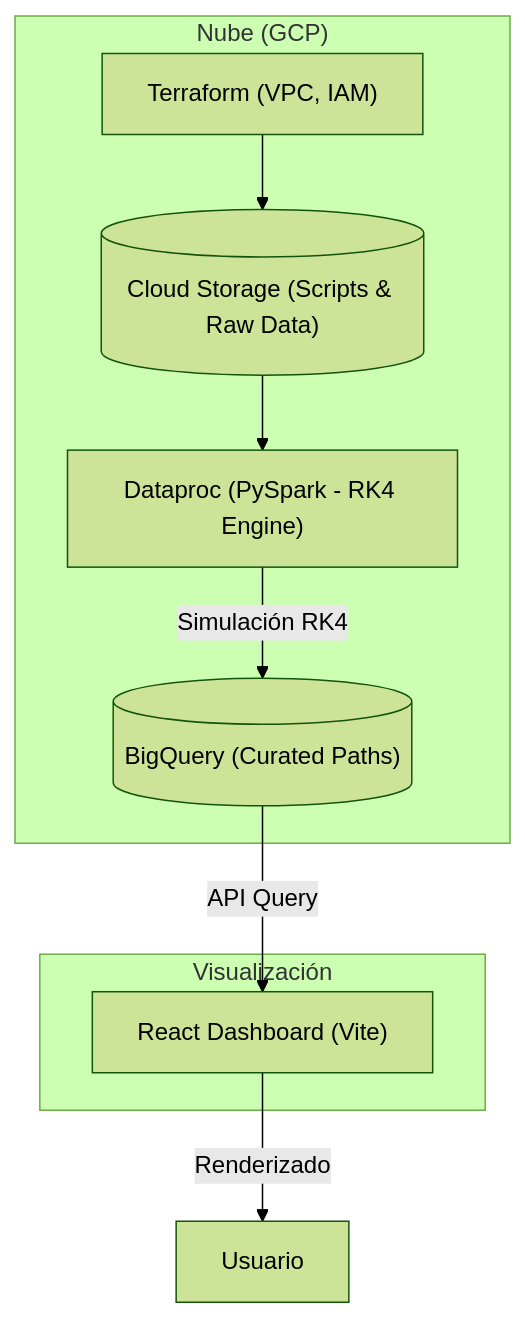
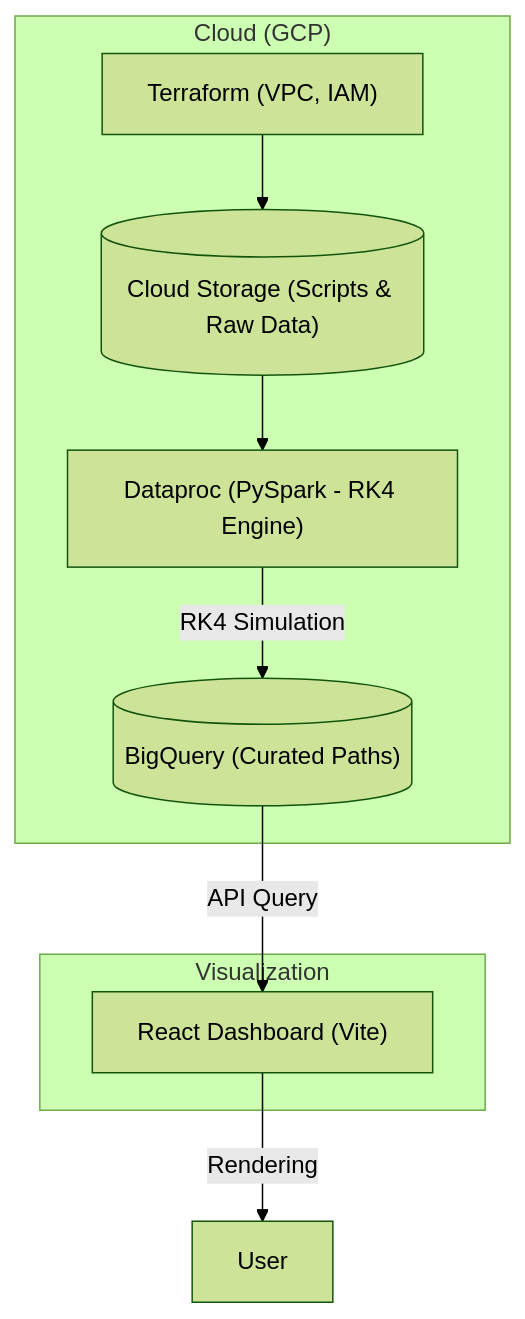
The diagram in README.md (emilianolel/black-hole-visualizer), drawn with Mermaid (forest theme) before and after one commit. The commit also changed other lines of this file and 25 other files, not shown here.

````diff
--- a/README.md
+++ b/README.md
@@ -12,19 +12,19 @@
 ```mermaid
 graph TD
-    subgraph "Nube (GCP)"
+    subgraph "Cloud (GCP)"
         INFRA["Terraform (VPC, IAM)"]
         GCS[("Cloud Storage (Scripts & Raw Data)")]
         DP["Dataproc (PySpark - RK4 Engine)"]
         BQ[("BigQuery (Curated Paths)")]
     end
 
-    subgraph "Visualización"
+    subgraph "Visualization"
         FE["React Dashboard (Vite)"]
     end
 
     INFRA --> GCS
     GCS --> DP
-    DP -->|Simulación RK4| BQ
+    DP -->|RK4 Simulation| BQ
     BQ -->|API Query| FE
-    FE -->|Renderizado| Usuario
+    FE -->|Rendering| User
 ```
````
